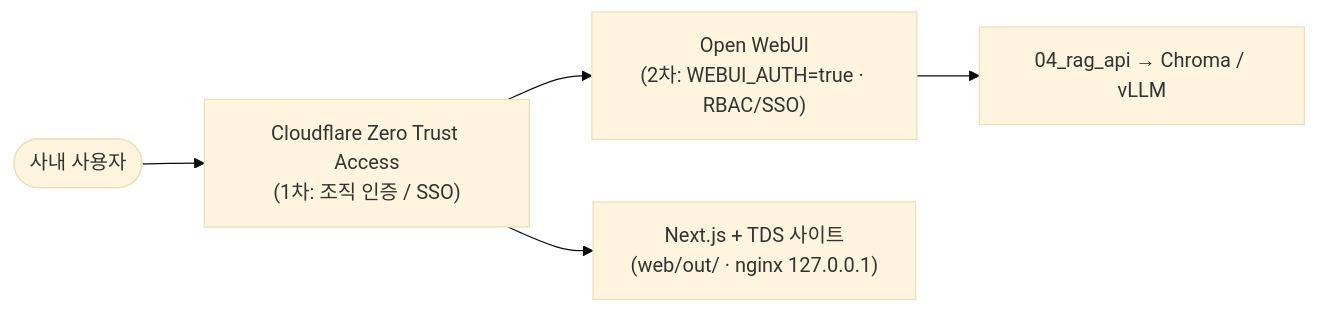
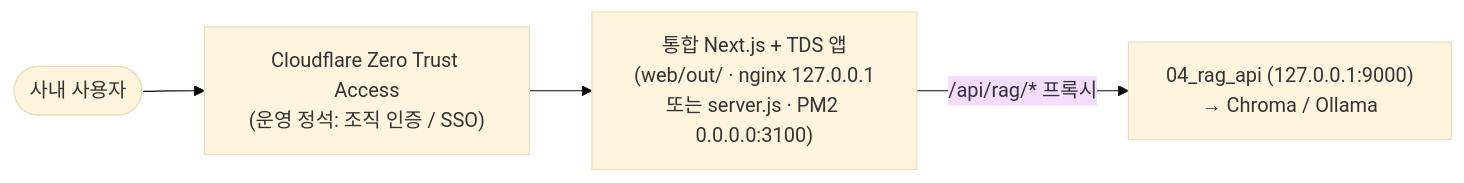
Before and after one commit to mooner92/KEIAdminSuperv: the fourth of 4 diagrams in docs/06-deployment.md, drawn with Mermaid (base theme). The commit also changed other lines of this file and 4 other files, not shown here.

First line of the commit message:
docs: vLLM→Ollama 현실 반영 + 비서 통합·필터·드로어·PM2 배포 정합화

````diff
--- a/docs/06-deployment.md
+++ b/docs/06-deployment.md
@@ -257,9 +311,8 @@
 ```mermaid
 flowchart LR
-    USER(["사내 사용자"]) --> CF["Cloudflare Zero Trust Access<br/>(1차: 조직 인증 / SSO)"]
-    CF --> WEBUI["Open WebUI<br/>(2차: WEBUI_AUTH=true · RBAC/SSO)"]
-    CF --> NSITE["Next.js + TDS 사이트<br/>(web/out/ · nginx 127.0.0.1)"]
-    WEBUI --> RAG["04_rag_api → Chroma / vLLM"]
+    USER(["사내 사용자"]) --> CF["Cloudflare Zero Trust Access<br/>(운영 정석: 조직 인증 / SSO)"]
+    CF --> SITE["통합 Next.js + TDS 앱<br/>(web/out/ · nginx 127.0.0.1<br/>또는 server.js · PM2 0.0.0.0:3100)"]
+    SITE -->|/api/rag/* 프록시| RAG["04_rag_api (127.0.0.1:9000)<br/>→ Chroma / Ollama"]
 
     classDef block fill:#fee,stroke:#c33;
 ```
````
